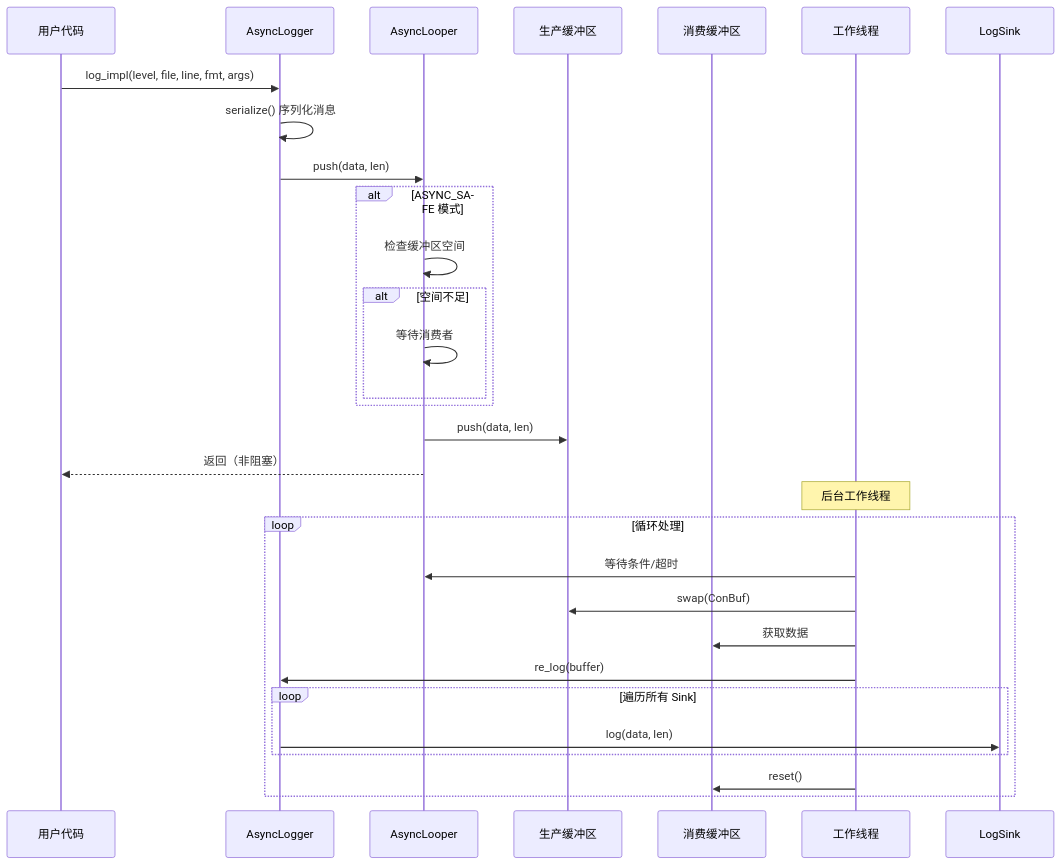
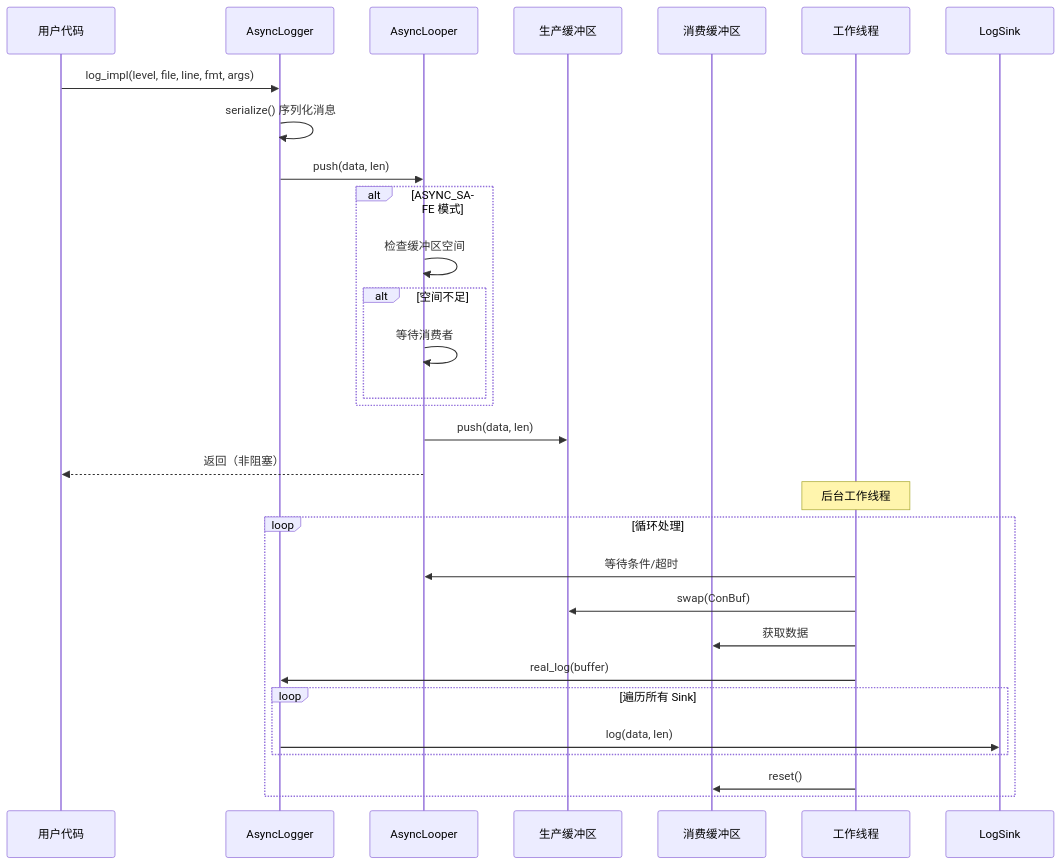
One commit to hzh-betty/zlynx changed the fourth of 4 diagrams in zlog/README.md. Above: the diagram before and after it, drawn with Mermaid. The commit also changed other lines of this file and 82 other files, not shown here.

````diff
--- a/zlog/README.md
+++ b/zlog/README.md
@@ -329,36 +329,36 @@
 ```mermaid
 sequenceDiagram
     participant User as 用户代码
     participant Logger as AsyncLogger
     participant Looper as AsyncLooper
     participant ProBuf as 生产缓冲区
     participant ConBuf as 消费缓冲区
     participant Worker as 工作线程
     participant Sink as LogSink
 
     User->>Logger: log_impl(level, file, line, fmt, args)
     Logger->>Logger: serialize() 序列化消息
     Logger->>Looper: push(data, len)
     
     alt ASYNC_SAFE 模式
         Looper->>Looper: 检查缓冲区空间
         alt 空间不足
             Looper->>Looper: 等待消费者
         end
     end
     
     Looper->>ProBuf: push(data, len)
     Looper-->>User: 返回（非阻塞）
 
     Note over Worker: 后台工作线程
     loop 循环处理
         Worker->>Looper: 等待条件/超时
         Worker->>ProBuf: swap(ConBuf)
         Worker->>ConBuf: 获取数据
-        Worker->>Logger: re_log(buffer)
+        Worker->>Logger: real_log(buffer)
         loop 遍历所有 Sink
             Logger->>Sink: log(data, len)
         end
         Worker->>ConBuf: reset()
     end
 ```
````
